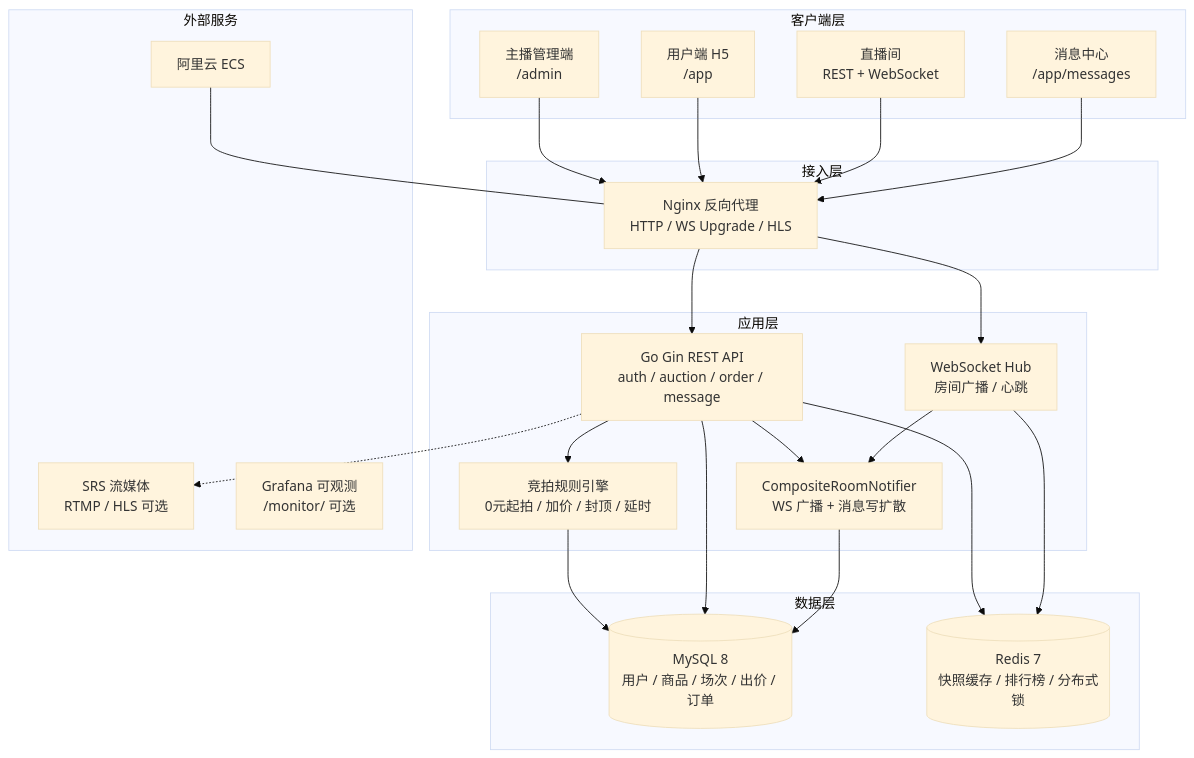
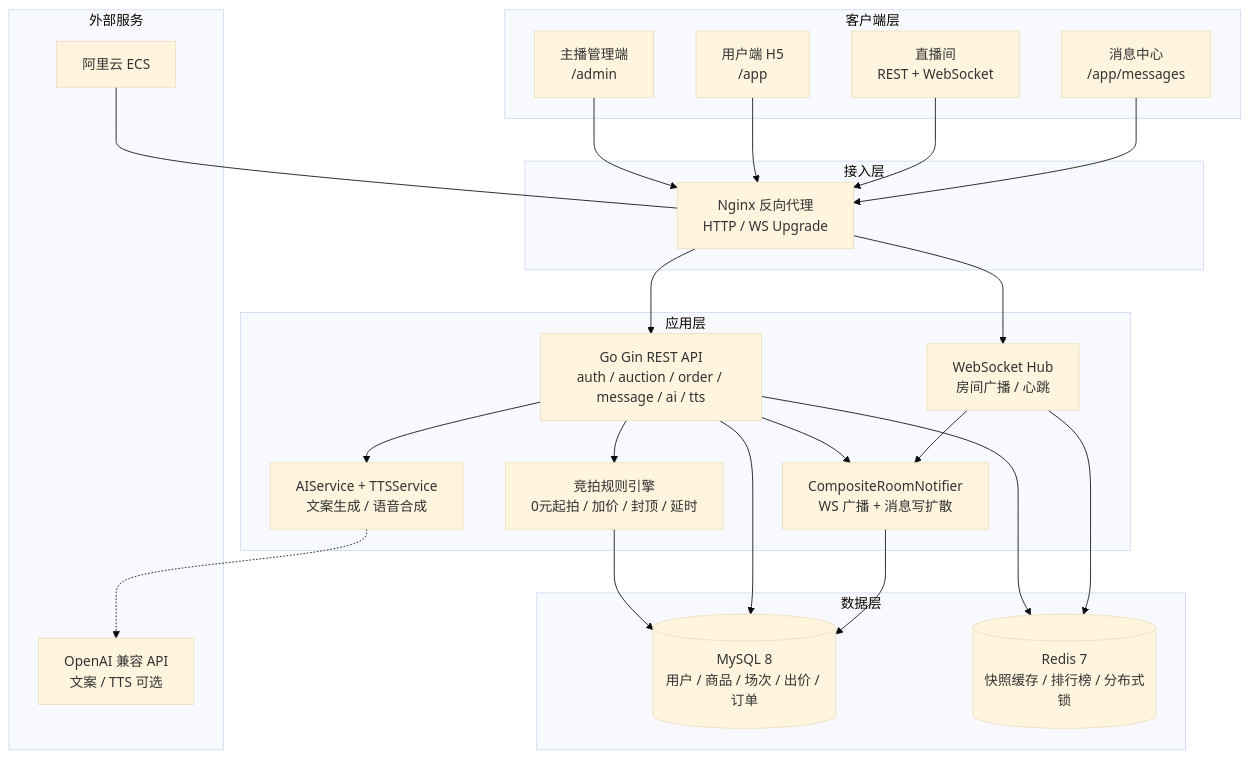
The first of 5 diagrams in docs/第二组-训练营结项文档.md (zhangdingyi123/zhibo-master), drawn with Mermaid (base theme) before and after one commit. The commit also changed other lines of this file and 16 other files, not shown here.

````diff
--- a/docs/第二组-训练营结项文档.md
+++ b/docs/第二组-训练营结项文档.md
@@ -182,48 +178,49 @@
 ```mermaid
 flowchart TB
   subgraph 客户端层
     Admin[主播管理端<br/>/admin]
     App[用户端 H5<br/>/app]
     Live[直播间<br/>REST + WebSocket]
     Msg[消息中心<br/>/app/messages]
   end
 
   subgraph 接入层
-    Nginx[Nginx 反向代理<br/>HTTP / WS Upgrade / HLS]
+    Nginx[Nginx 反向代理<br/>HTTP / WS Upgrade]
   end
 
   subgraph 应用层
-    API[Go Gin REST API<br/>auth / auction / order / message]
+    API[Go Gin REST API<br/>auth / auction / order / message / ai / tts]
     WS[WebSocket Hub<br/>房间广播 / 心跳]
     Engine[竞拍规则引擎<br/>0元起拍 / 加价 / 封顶 / 延时]
     Notifier[CompositeRoomNotifier<br/>WS 广播 + 消息写扩散]
+    AI[AIService + TTSService<br/>文案生成 / 语音合成]
   end
 
   subgraph 数据层
     MySQL[(MySQL 8<br/>用户 / 商品 / 场次 / 出价 / 订单)]
     Redis[(Redis 7<br/>快照缓存 / 排行榜 / 分布式锁)]
   end
 
   subgraph 外部服务
     ECS[阿里云 ECS]
-    SRS[SRS 流媒体<br/>RTMP / HLS 可选]
-    Grafana[Grafana 可观测<br/>/monitor/ 可选]
+    LLM[OpenAI 兼容 API<br/>文案 / TTS 可选]
   end
 
   Admin --> Nginx
   App --> Nginx
   Live --> Nginx
   Msg --> Nginx
   Nginx --> API
   Nginx --> WS
   API --> Engine
   API --> Notifier
+  API --> AI
   WS --> Notifier
   Engine --> MySQL
   API --> MySQL
   API --> Redis
   WS --> Redis
   Notifier --> MySQL
-  API -.-> SRS
+  AI -.-> LLM
   ECS --- Nginx
 ```
````
